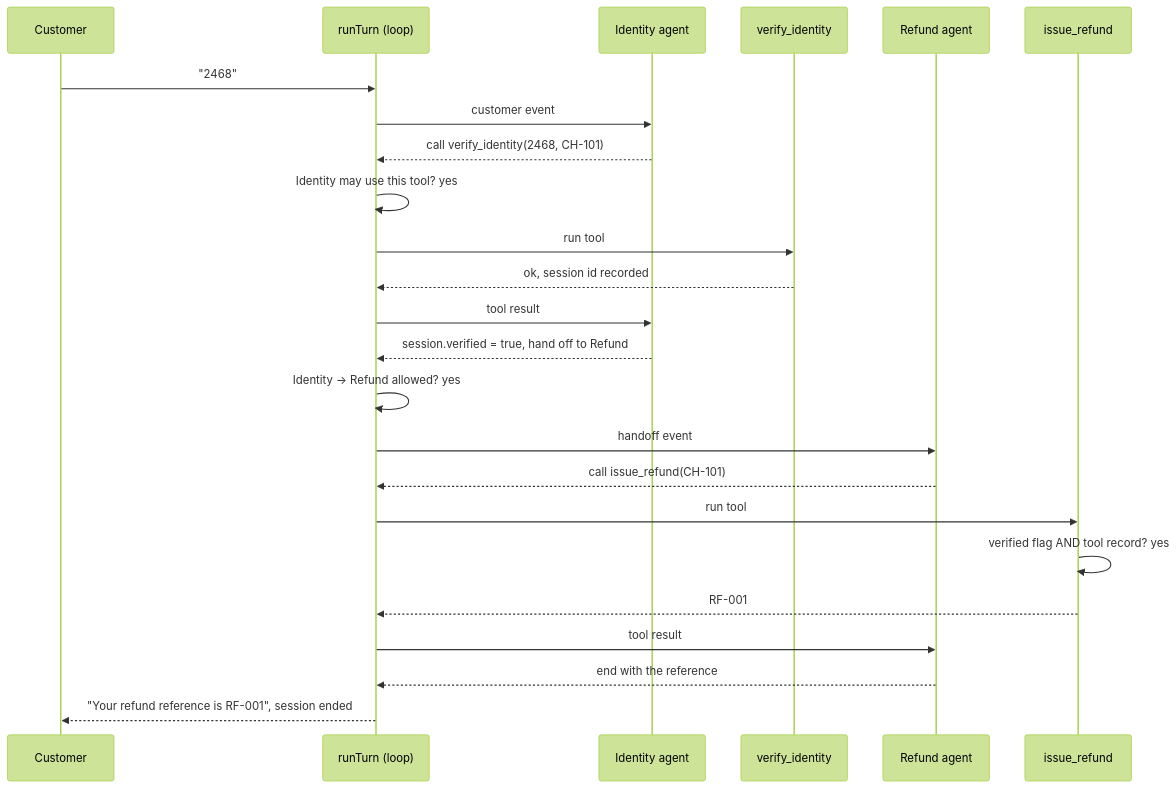
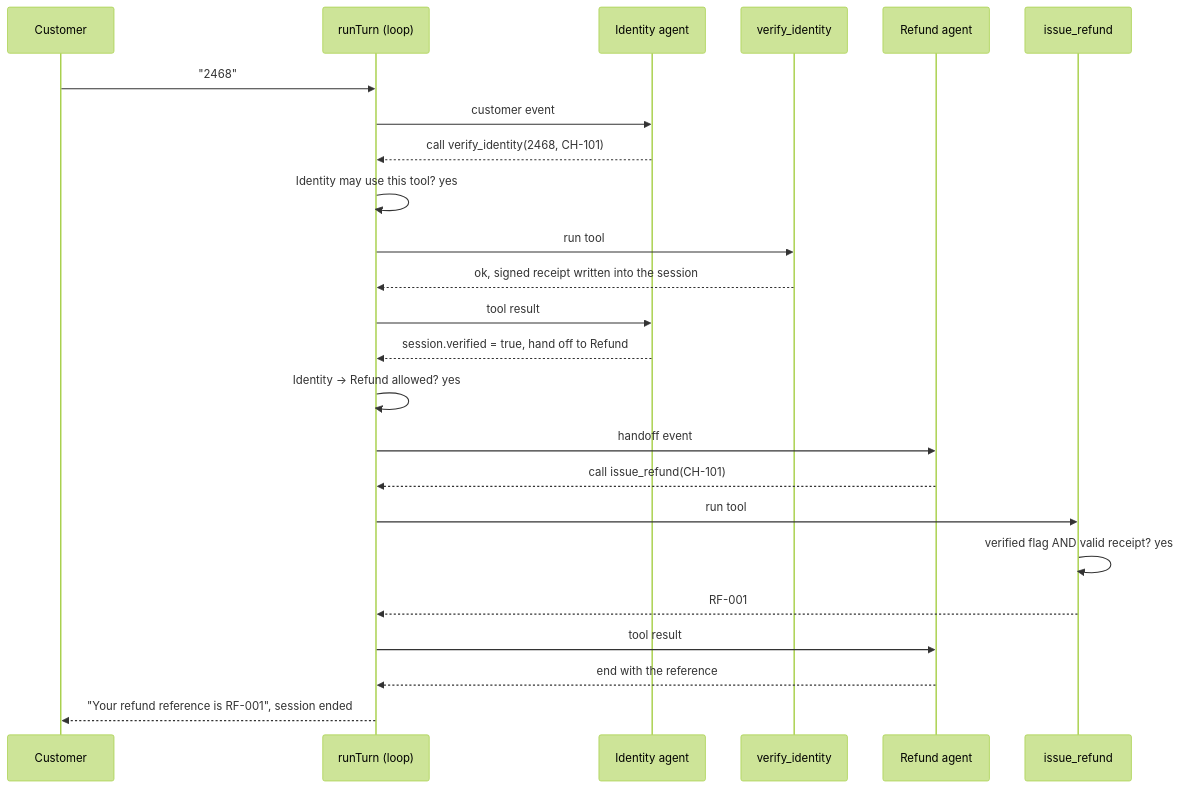
Before and after one commit to VolodymyrLinuxovich/finchpay-refund-desk: the second of 2 diagrams in README.md, drawn with Mermaid (forest theme). The commit also changed other lines of this file and 14 other files, not shown here.

Commit message:
Carry each chat as a signed token so it survives new server instances and reloads; signed verification receipt; simpler trace drawer

````diff
--- a/README.md
+++ b/README.md
@@ -80,27 +80,27 @@
 ```mermaid
 sequenceDiagram
     participant C as Customer
     participant L as runTurn (loop)
     participant I as Identity agent
     participant V as verify_identity
     participant R as Refund agent
     participant F as issue_refund
 
     C->>L: "2468"
     L->>I: customer event
     I-->>L: call verify_identity(2468, CH-101)
     L->>L: Identity may use this tool? yes
     L->>V: run tool
-    V-->>L: ok, session id recorded
+    V-->>L: ok, signed receipt written into the session
     L->>I: tool result
     I-->>L: session.verified = true, hand off to Refund
     L->>L: Identity → Refund allowed? yes
     L->>R: handoff event
     R-->>L: call issue_refund(CH-101)
     L->>F: run tool
-    F->>F: verified flag AND tool record? yes
+    F->>F: verified flag AND valid receipt? yes
     F-->>L: RF-001
     L->>R: tool result
     R-->>L: end with the reference
     L-->>C: "Your refund reference is RF-001", session ended
 ```
````
